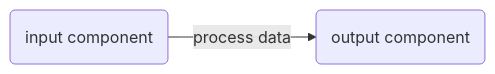
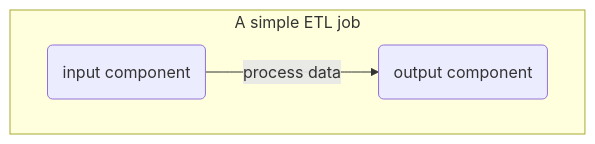
The diagram in Talend/basics/getting_started.md (tangjm/data-engineering-notes), drawn with Mermaid before and after one commit. The commit also changed other lines of this file and 8 other files, not shown here.

````diff
--- a/Talend/basics/getting_started.md
+++ b/Talend/basics/getting_started.md
@@ -20,4 +89,6 @@
 ```mermaid
-graph LR
+flowchart
+  subgraph A simple ETL job
   input(input component) -- process data --> output(output component)
+  end
 ```
````
